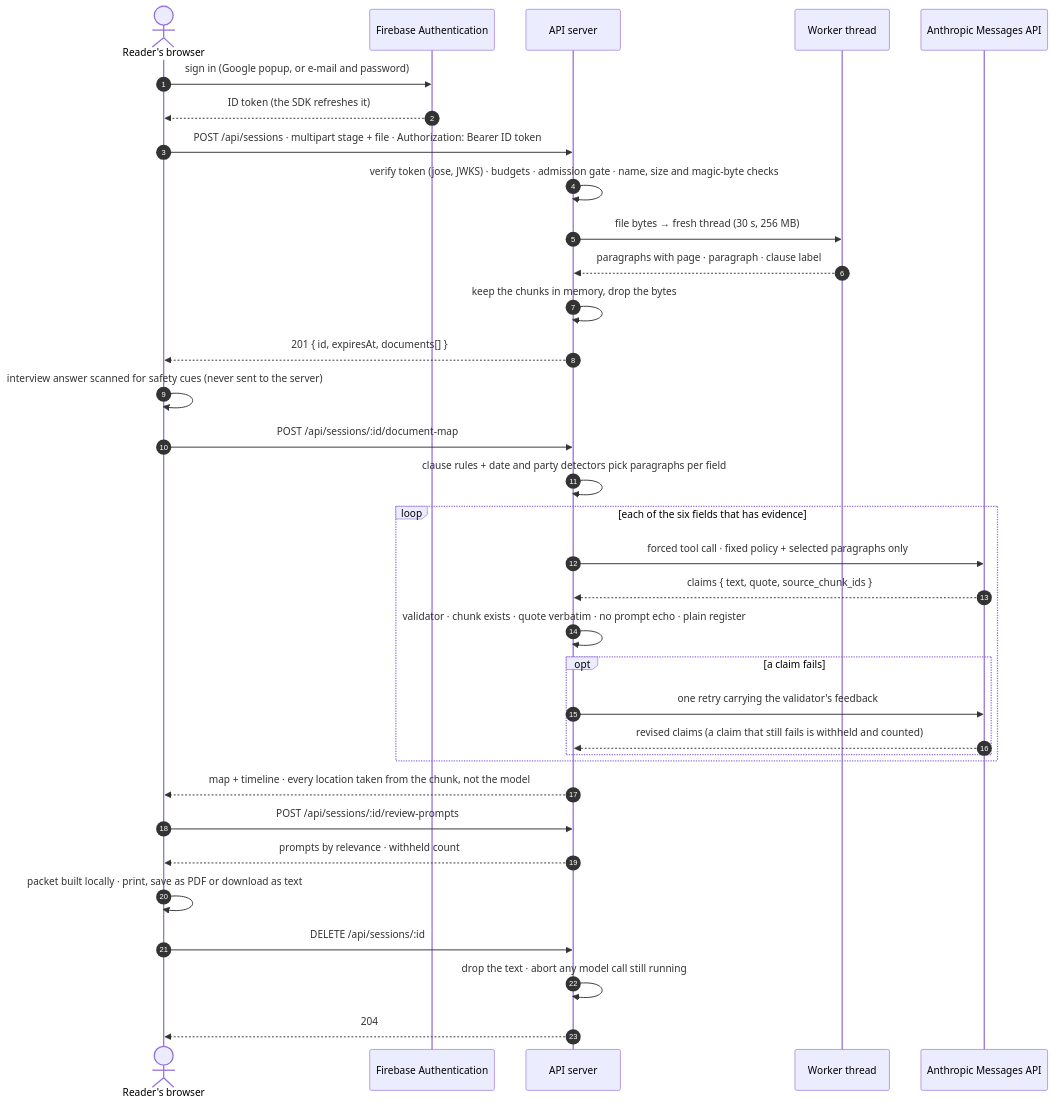
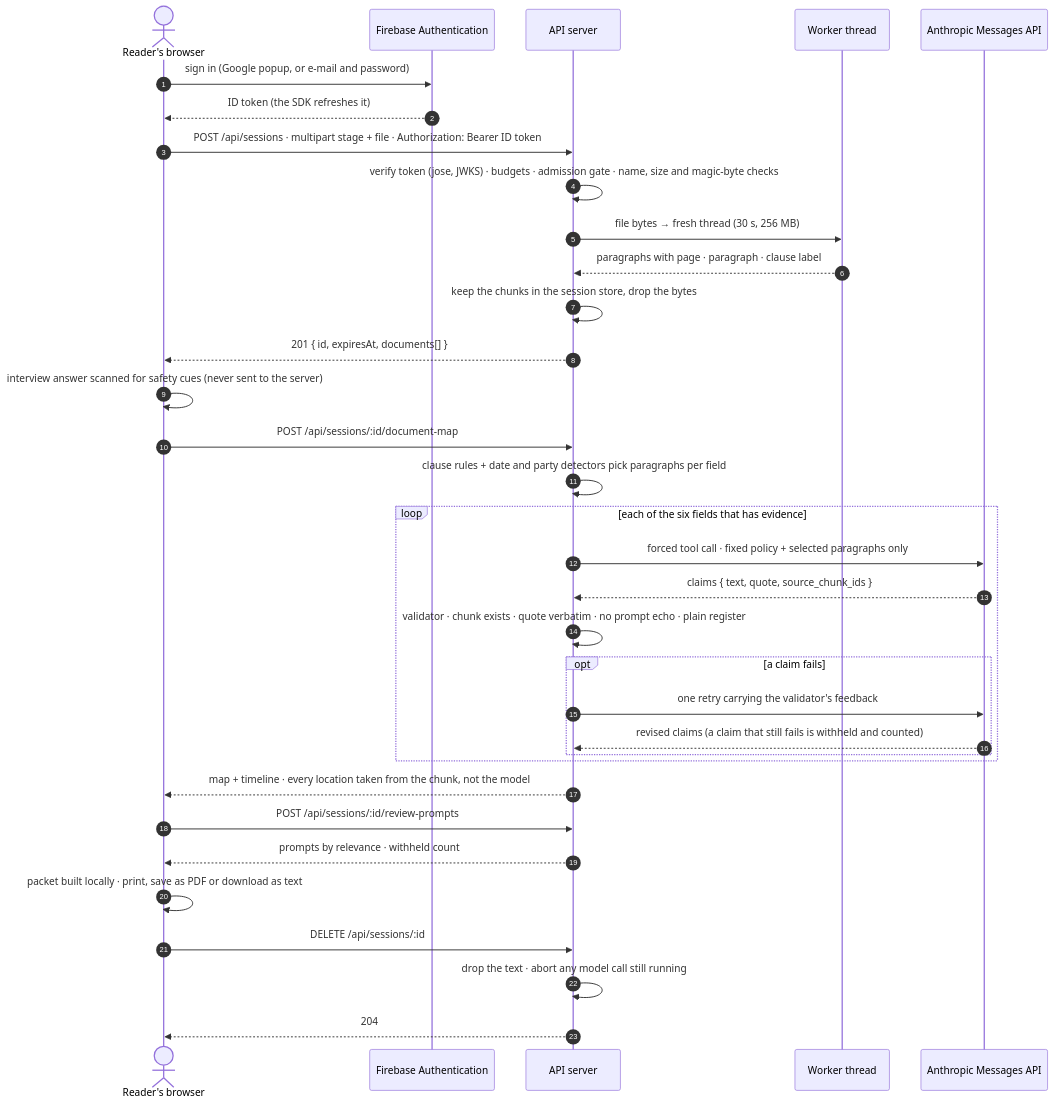
Before and after one commit to adityarajgupta154/ClauseCompass: the second of 7 diagrams in README.md, drawn with Mermaid. The commit also changed other lines of this file and 36 other files, not shown here.

````diff
--- a/README.md
+++ b/README.md
@@ -251,37 +252,37 @@
 ```mermaid
 sequenceDiagram
   autonumber
   actor R as Reader's browser
   participant FB as Firebase Authentication
   participant API as API server
   participant W as Worker thread
   participant M as Anthropic Messages API
 
   R->>FB: sign in (Google popup, or e-mail and password)
   FB-->>R: ID token (the SDK refreshes it)
   R->>API: POST /api/sessions · multipart stage + file · Authorization: Bearer ID token
   API->>API: verify token (jose, JWKS) · budgets · admission gate · name, size and magic-byte checks
   API->>W: file bytes → fresh thread (30 s, 256 MB)
   W-->>API: paragraphs with page · paragraph · clause label
-  API->>API: keep the chunks in memory, drop the bytes
+  API->>API: keep the chunks in the session store, drop the bytes
   API-->>R: 201 { id, expiresAt, documents[] }
   R->>R: interview answer scanned for safety cues (never sent to the server)
   R->>API: POST /api/sessions/:id/document-map
   API->>API: clause rules + date and party detectors pick paragraphs per field
   loop each of the six fields that has evidence
     API->>M: forced tool call · fixed policy + selected paragraphs only
     M-->>API: claims { text, quote, source_chunk_ids }
     API->>API: validator · chunk exists · quote verbatim · no prompt echo · plain register
     opt a claim fails
       API->>M: one retry carrying the validator's feedback
       M-->>API: revised claims (a claim that still fails is withheld and counted)
     end
   end
   API-->>R: map + timeline · every location taken from the chunk, not the model
   R->>API: POST /api/sessions/:id/review-prompts
   API-->>R: prompts by relevance · withheld count
   R->>R: packet built locally · print, save as PDF or download as text
   R->>API: DELETE /api/sessions/:id
   API->>API: drop the text · abort any model call still running
   API-->>R: 204
 ```
````
